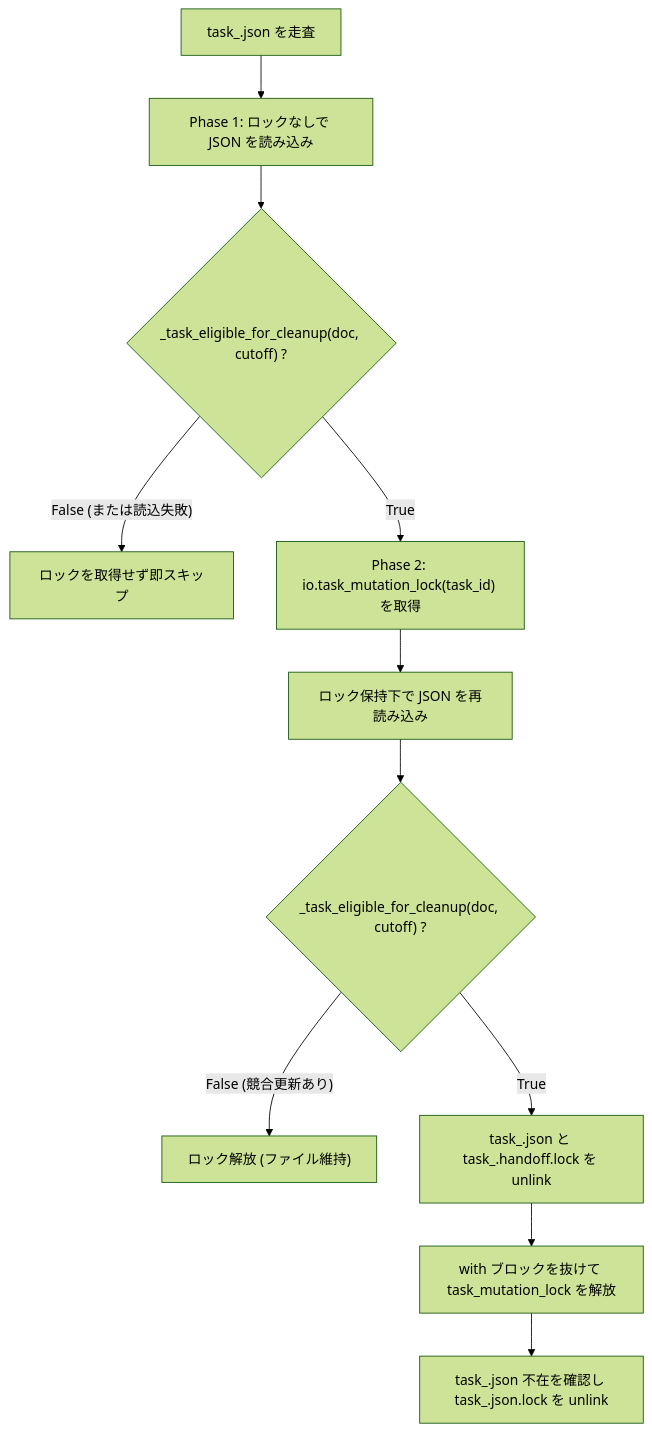
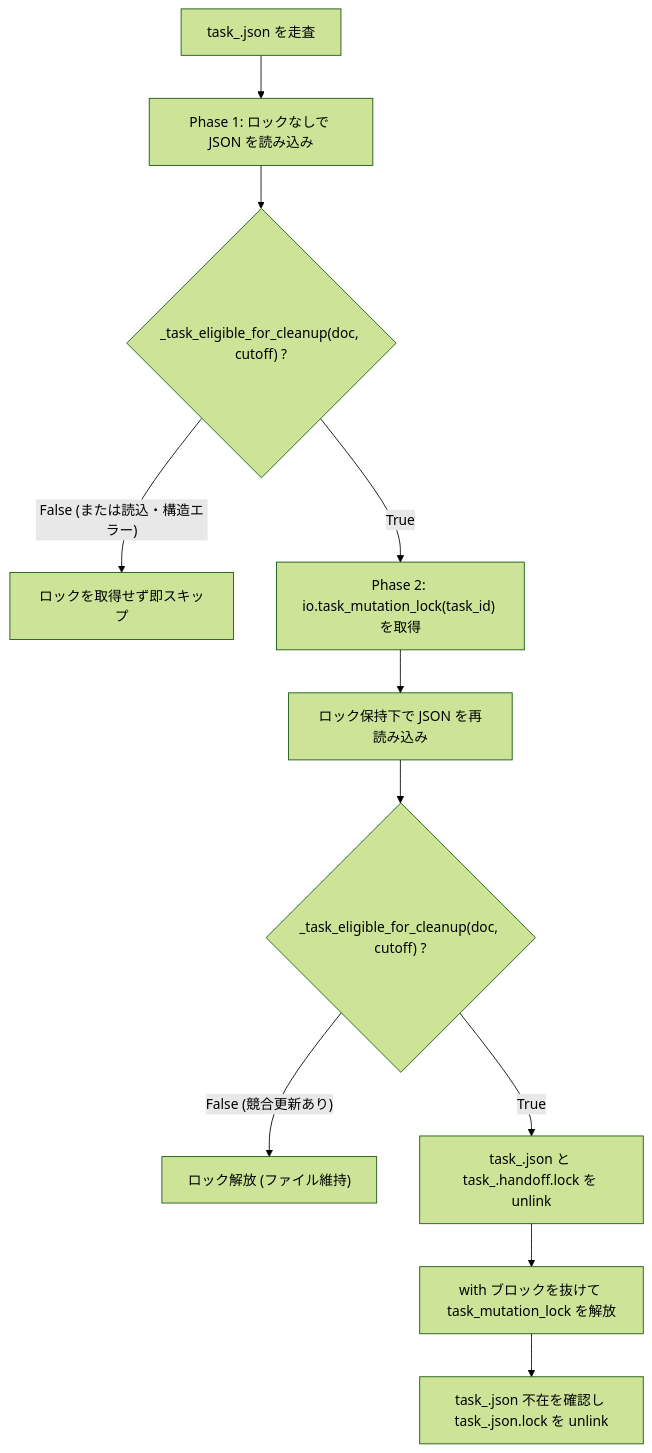
The second of 2 diagrams in docs/herdr-orchestrator-task-registry-cleanup.md (okinawa-systembit/herdr-orchestration), drawn with Mermaid (forest theme) before and after one commit. The commit also changed other lines of this file, not shown here.

````diff
--- a/docs/herdr-orchestrator-task-registry-cleanup.md
+++ b/docs/herdr-orchestrator-task-registry-cleanup.md
@@ -294,13 +297,13 @@
 ```mermaid
 flowchart TD
   Start["task_<id>.json を走査"] --> P1["Phase 1: ロックなしで JSON を読み込み"]
   P1 --> P1Check{"_task_eligible_for_cleanup(doc, cutoff) ?"}
-  P1Check -->|"False (または読込失敗)"| Skip["ロックを取得せず即スキップ"]
+  P1Check -->|"False (または読込・構造エラー)"| Skip["ロックを取得せず即スキップ"]
   P1Check -->|"True"| P2Lock["Phase 2: io.task_mutation_lock(task_id) を取得"]
   P2Lock --> P2Read["ロック保持下で JSON を再読み込み"]
   P2Read --> P2Check{"_task_eligible_for_cleanup(doc, cutoff) ?"}
   P2Check -->|"False (競合更新あり)"| ReleaseKeep["ロック解放 (ファイル維持)"]
   P2Check -->|"True"| UnlinkTask["task_<id>.json と task_<id>.handoff.lock を unlink"]
   UnlinkTask --> ReleaseDel["with ブロックを抜けて task_mutation_lock を解放"]
   ReleaseDel --> UnlinkJsonLock["task_<id>.json 不在を確認し task_<id>.json.lock を unlink"]
 ```
````
